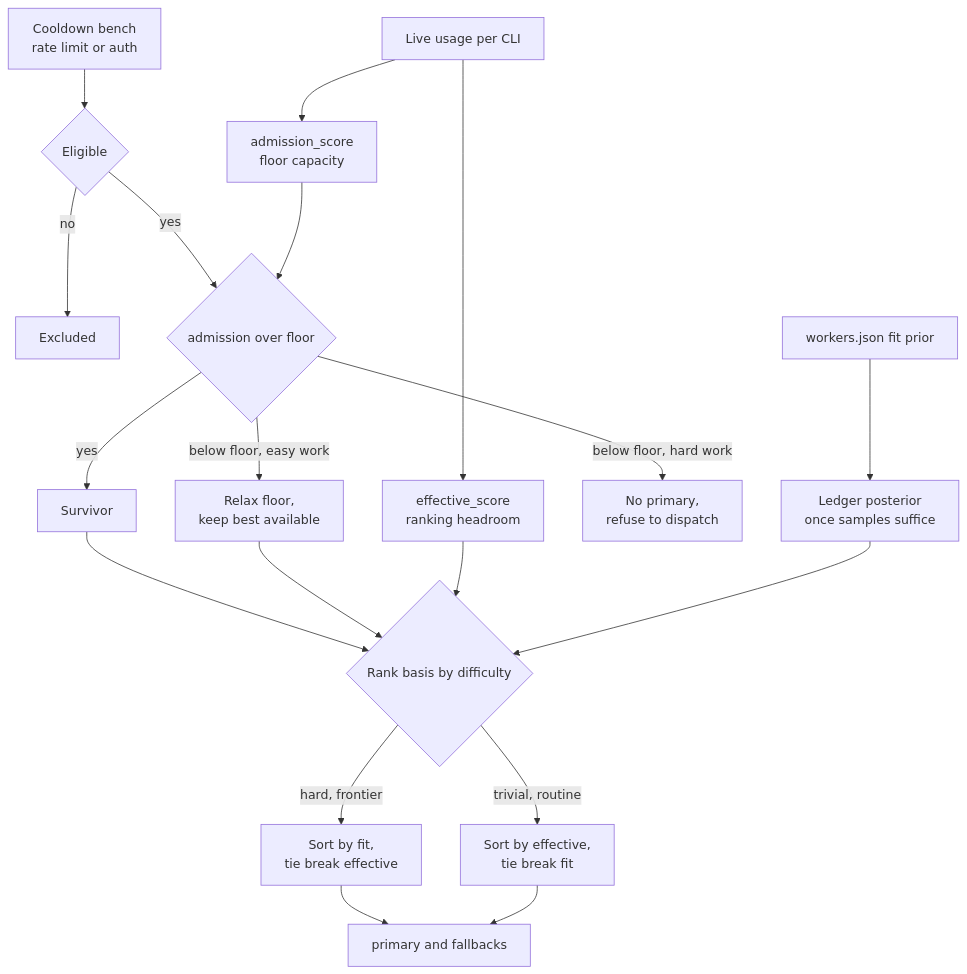
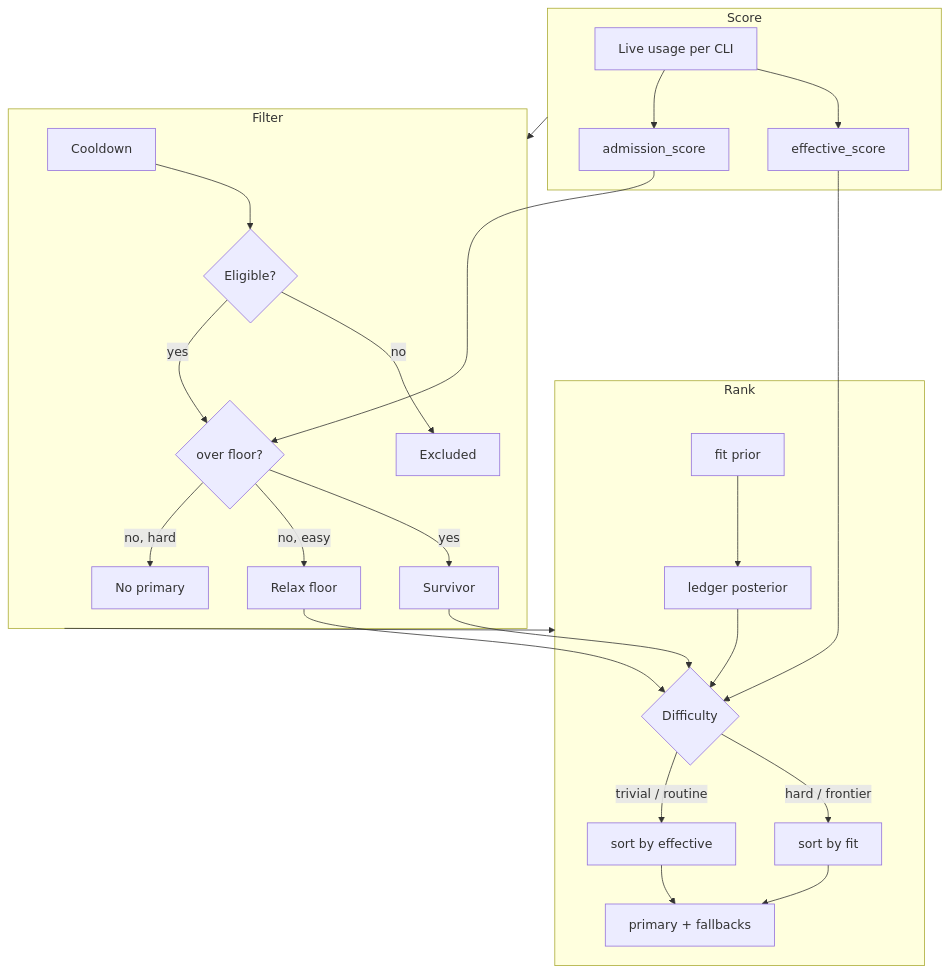
One commit to m-esm/smart-subagents changed the diagram in README.md. Above: the diagram before and after it, drawn with Mermaid. The commit also changed 4 other files, not shown here.

Commit message:
Fix mermaid charts: staged layouts instead of crossing edges

````diff
--- a/README.md
+++ b/README.md
@@ -110,21 +110,30 @@
 ```mermaid
-flowchart TD
-    U[Live usage per CLI] --> EFF[effective_score<br/>ranking headroom]
-    U --> ADM[admission_score<br/>floor capacity]
-    CD[Cooldown bench<br/>rate limit or auth] --> ELIG{Eligible}
-    ELIG -->|no| OUT[Excluded]
-    ELIG -->|yes| FLOOR{admission over floor}
-    ADM --> FLOOR
-    FLOOR -->|yes| SURV[Survivor]
-    FLOOR -->|below floor, easy work| RELAX[Relax floor,<br/>keep best available]
-    FLOOR -->|below floor, hard work| BLOCK[No primary,<br/>refuse to dispatch]
-    SURV --> RANK{Rank basis by difficulty}
-    RELAX --> RANK
-    EFF --> RANK
-    PRIOR[workers.json fit prior] --> POST[Ledger posterior<br/>once samples suffice]
-    POST --> RANK
-    RANK -->|hard, frontier| BYFIT[Sort by fit,<br/>tie break effective]
-    RANK -->|trivial, routine| BYEFF[Sort by effective,<br/>tie break fit]
-    BYFIT --> PICK[primary and fallbacks]
-    BYEFF --> PICK
+flowchart TB
+    subgraph score [Score]
+        U[Live usage per CLI]
+        U --> EFF[effective_score]
+        U --> ADM[admission_score]
+    end
+    subgraph filter [Filter]
+        CD[Cooldown] --> ELIG{Eligible?}
+        ELIG -->|no| OUT[Excluded]
+        ELIG -->|yes| FLOOR{over floor?}
+        ADM --> FLOOR
+        FLOOR -->|yes| SURV[Survivor]
+        FLOOR -->|no, easy| RELAX[Relax floor]
+        FLOOR -->|no, hard| BLOCK[No primary]
+    end
+    subgraph rank [Rank]
+        SURV --> RANK{Difficulty}
+        RELAX --> RANK
+        EFF --> RANK
+        PRIOR[fit prior] --> POST[ledger posterior]
+        POST --> RANK
+        RANK -->|hard / frontier| BYFIT[sort by fit]
+        RANK -->|trivial / routine| BYEFF[sort by effective]
+        BYFIT --> PICK[primary + fallbacks]
+        BYEFF --> PICK
+    end
+    score --> filter
+    filter --> rank
 ```
````
